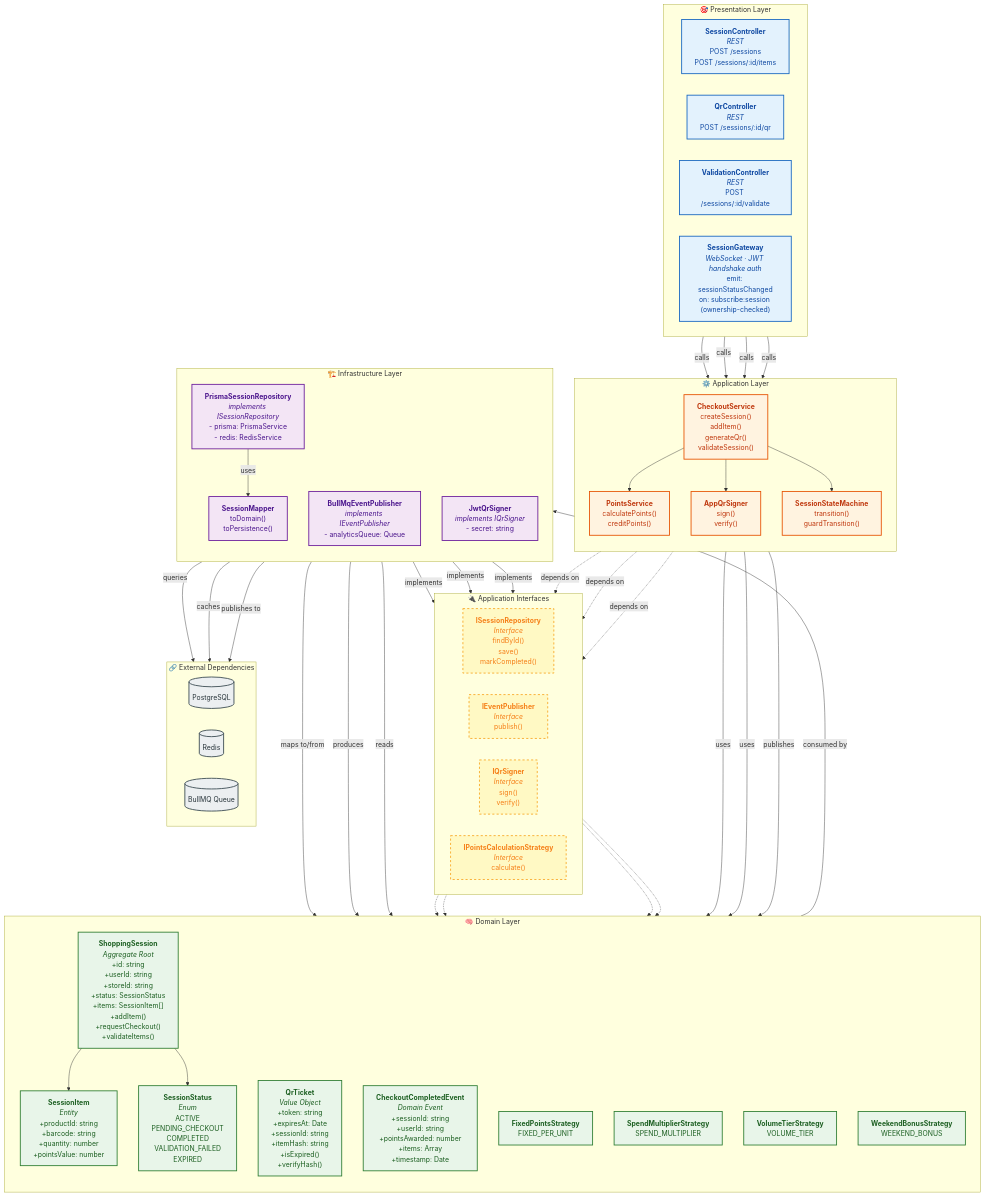
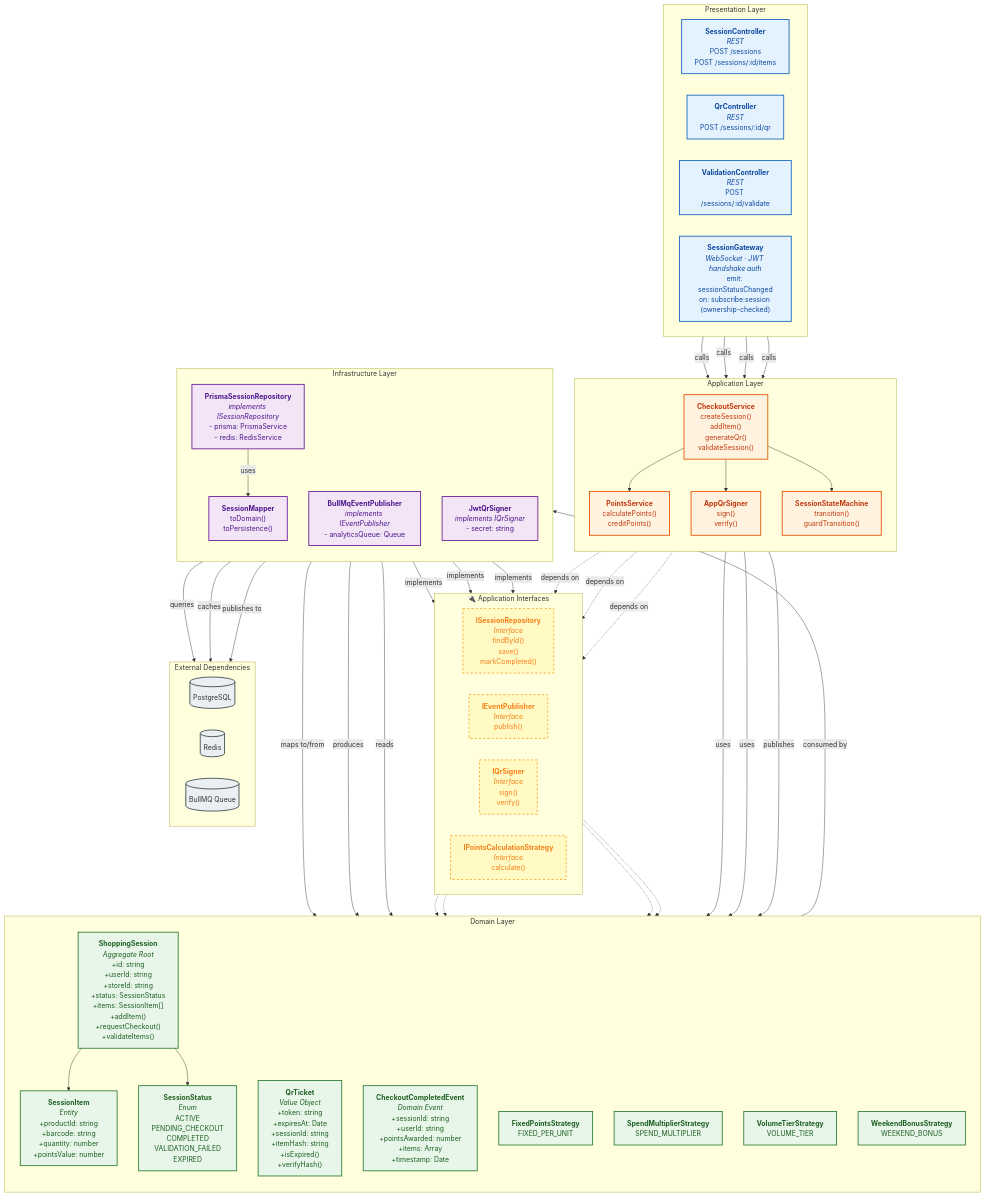
One commit to davlm05/IICaso_DiseSoftware changed the eighth of 10 diagrams in README.md. Above: the diagram before and after it, drawn with Mermaid. The commit also changed other lines of this file, not shown here.

Commit message:
Update README for clarity and formatting

```diff
--- a/README.md
+++ b/README.md
@@ -1099,7 +1096,7 @@
     %% ==========================================
     %% PRESENTATION LAYER
     %% ==========================================
-    subgraph Presentation["🎯 Presentation Layer"]
+    subgraph Presentation["Presentation Layer"]
         direction LR
         SessionCtrl["<b>SessionController</b><br/><i>REST</i><br/>POST /sessions<br/>POST /sessions/:id/items"]
         QrCtrl["<b>QrController</b><br/><i>REST</i><br/>POST /sessions/:id/qr"]
@@ -1110,7 +1107,7 @@
     %% ==========================================
     %% APPLICATION LAYER
     %% ==========================================
-    subgraph Application["⚙️ Application Layer"]
+    subgraph Application["Application Layer"]
         direction TB
         
         CheckoutSvc["<b>CheckoutService</b><br/>createSession()<br/>addItem()<br/>generateQr()<br/>validateSession()"]
@@ -1137,7 +1134,7 @@
     %% ==========================================
     %% DOMAIN LAYER
     %% ==========================================
-    subgraph Domain["🧠 Domain Layer"]
+    subgraph Domain["Domain Layer"]
         direction TB
         
         Session["<b>ShoppingSession</b><br/><i>Aggregate Root</i><br/>+id: string<br/>+userId: string<br/>+storeId: string<br/>+status: SessionStatus<br/>+items: SessionItem[]<br/>+addItem()<br/>+requestCheckout()<br/>+validateItems()"]
@@ -1166,7 +1163,7 @@
     %% ==========================================
     %% INFRASTRUCTURE LAYER
     %% ==========================================
-    subgraph Infrastructure["🏗️ Infrastructure Layer"]
+    subgraph Infrastructure["Infrastructure Layer"]
         direction TB
         
         PrismaSessionRepo["<b>PrismaSessionRepository</b><br/><i>implements ISessionRepository</i><br/>- prisma: PrismaService<br/>- redis: RedisService"]
@@ -1178,7 +1175,7 @@
         SessionMapper["<b>SessionMapper</b><br/>toDomain()<br/>toPersistence()"]
     end
 
-    subgraph ExternalDep["🔗 External Dependencies"]
+    subgraph ExternalDep["External Dependencies"]
         direction LR
         PG[("PostgreSQL")]
         RedisCache[("Redis")]
```
